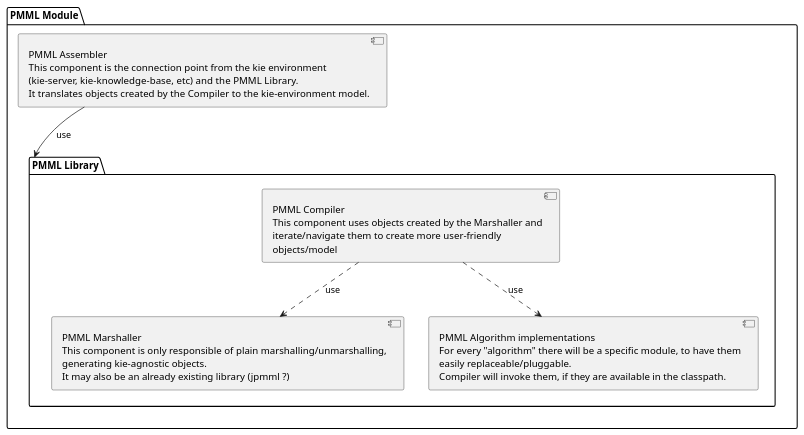
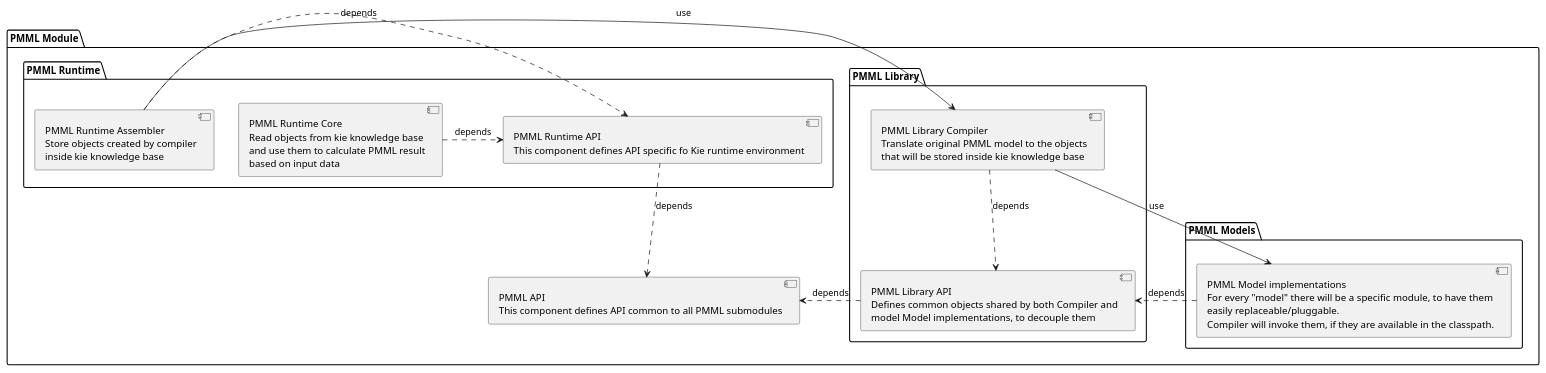
One commit to apache/incubator-kie-drools changed the diagram in kie-pmml/Architecture.puml. Above: the diagram before and after it, drawn with PlantUML. The commit also changed 54 other files, not shown here.

Commit message:
[DROOLS-4933] Refactor module layout to include KiePMMLRuntime implementation

```diff
--- a/kie-pmml/Architecture.puml
+++ b/kie-pmml/Architecture.puml
@@ -1,41 +1,73 @@
 @startuml
 'default
 top to bottom direction
 
 package "PMML Module" {
 
+component api [
+        PMML API
+        This component defines API common to all PMML submodules
+        ]
+
 package "PMML Library" {
-    component marshaller [
+    /'component library_marshaller [
         PMML Marshaller
         This component is only responsible of plain marshalling/unmarshalling,
         generating kie-agnostic objects.
         It may also be an already existing library (jpmml ?)
+        ]'/
+    component library_api [
+            PMML Library API
+            Defines common objects shared by both Compiler and
+            model Model implementations, to decouple them
+            ]
+    component library_compiler [
+        PMML Library Compiler
+        Translate original PMML model to the objects
+        that will be stored inside kie knowledge base
         ]
-    component compiler [
-        PMML Compiler
-        This component uses objects created by the Marshaller and
-        iterate/navigate them to create more user-friendly
-        objects/model
-        ]
+}
+
+package "PMML Models" {
     component implementations [
-        PMML Algorithm implementations
-        For every "algorithm" there will be a specific module, to have them
+        PMML Model implementations
+        For every "model" there will be a specific module, to have them
         easily replaceable/pluggable.
         Compiler will invoke them, if they are available in the classpath.
         ]
 }
 
-component assembler [
-        PMML Assembler
-        This component is the connection point from the kie environment
-        (kie-server, kie-knowledge-base, etc) and the PMML Library.
-        It translates objects created by the Compiler to the kie-environment model.
+package "PMML Runtime" {
+
+    component runtime_api [
+        PMML Runtime API
+        This component defines API specific fo Kie runtime environment
         ]
 
+    component runtime_assembler [
+        PMML Runtime Assembler
+        Store objects created by compiler
+        inside kie knowledge base
+        ]
 
-compiler ..> marshaller : use
-compiler ..> implementations : use
-assembler --> "PMML Library" : use
+     component runtime_core [
+             PMML Runtime Core
+             Read objects from kie knowledge base
+             and use them to calculate PMML result
+             based on input data
+         ]
+}
+
+
+/'library_compiler --> marshaller : use'/
+library_api .> api : depends
+runtime_api .> api : depends
+library_compiler ..> library_api : depends
+implementations .> library_api : depends
+library_compiler -> implementations : use
+runtime_core .> runtime_api : depends
+runtime_assembler -> library_compiler : use
+runtime_assembler .> runtime_api : depends
 }
 
 @enduml
```
